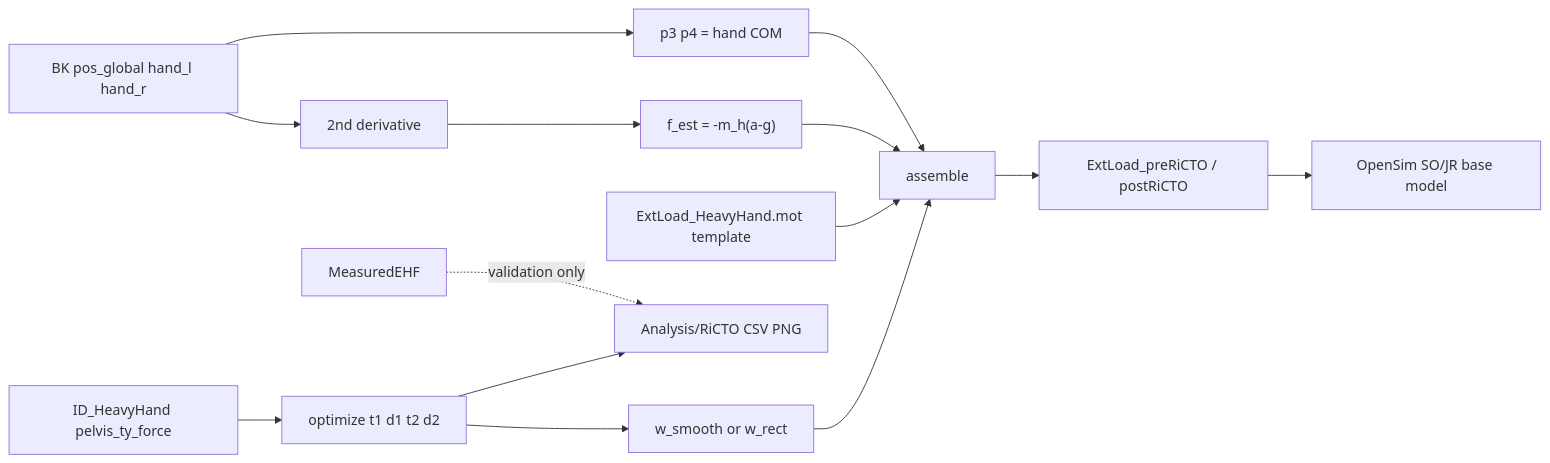
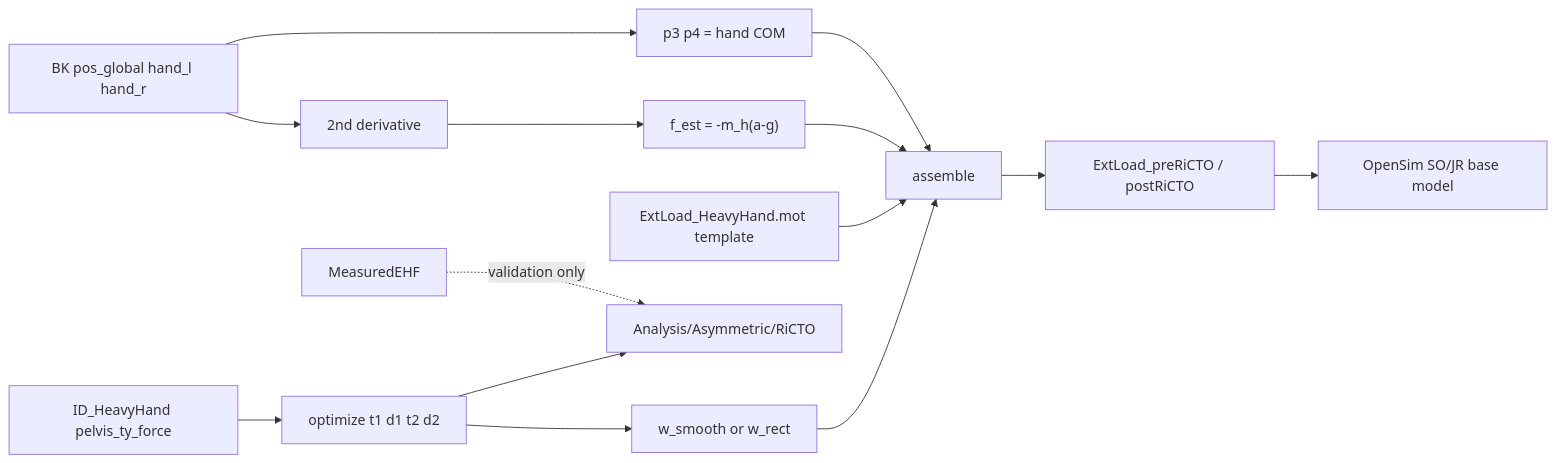
One commit to ces40320/BOX changed the diagram in Codes/c_Run_Tools/optimization/RICTO_PLAN.md. Above: the diagram before and after it, drawn with Mermaid. The commit also changed other lines of this file and 17 other files, not shown here.

````diff
--- a/Codes/c_Run_Tools/optimization/RICTO_PLAN.md
+++ b/Codes/c_Run_Tools/optimization/RICTO_PLAN.md
@@ -80,16 +80,16 @@
 ```mermaid
 flowchart LR
   ID[ID_HeavyHand pelvis_ty_force] --> OPT[optimize t1 d1 t2 d2]
   BKpos[BK pos_global hand_l hand_r] --> ACC[2nd derivative]
   ACC --> EHF["f_est = -m_h(a-g)"]
   BKpos --> COP[p3 p4 = hand COM]
   HH[ExtLoad_HeavyHand.mot template] --> ASM[assemble]
   OPT --> W[w_smooth or w_rect]
   W --> ASM
   EHF --> ASM
   COP --> ASM
   ASM --> MOT[ExtLoad_preRiCTO / postRiCTO]
   MOT --> PIPE[OpenSim SO/JR base model]
-  OPT --> CSV[Analysis/RiCTO CSV PNG]
+  OPT --> CSV[Analysis/Asymmetric/RiCTO]
   MEAS[MeasuredEHF] -. validation only .-> CSV
 ```
````
